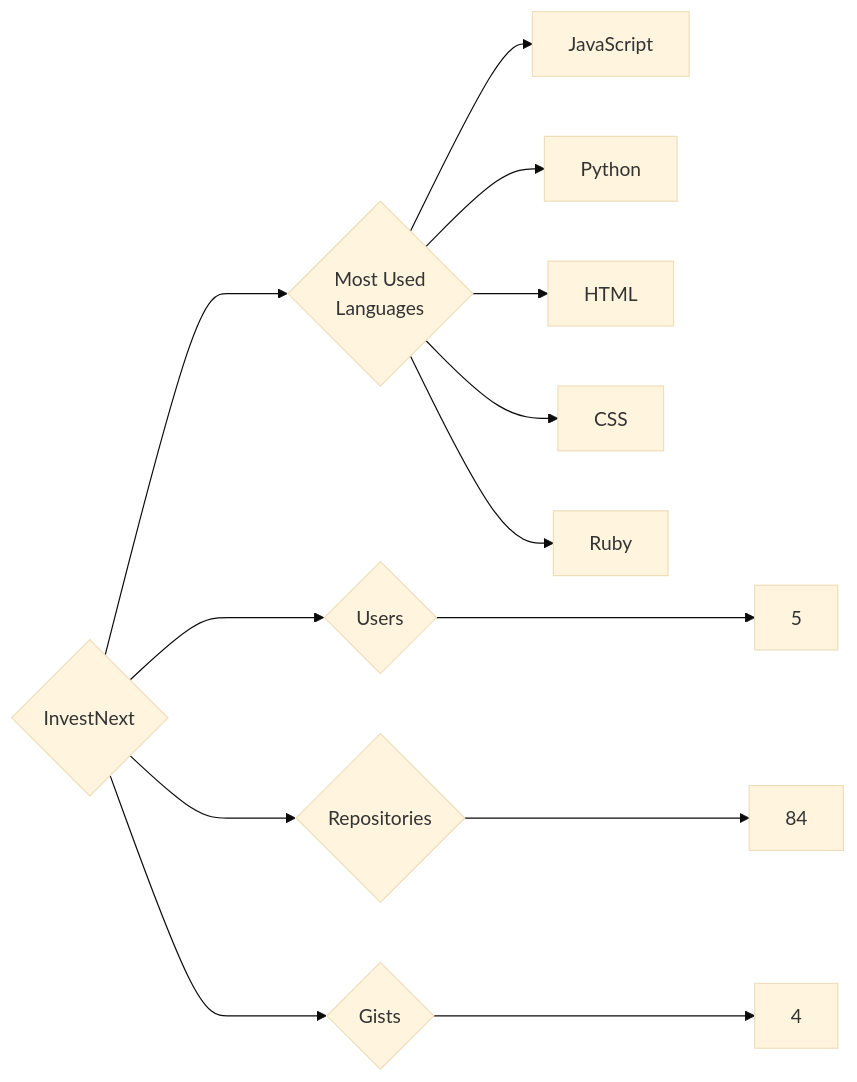
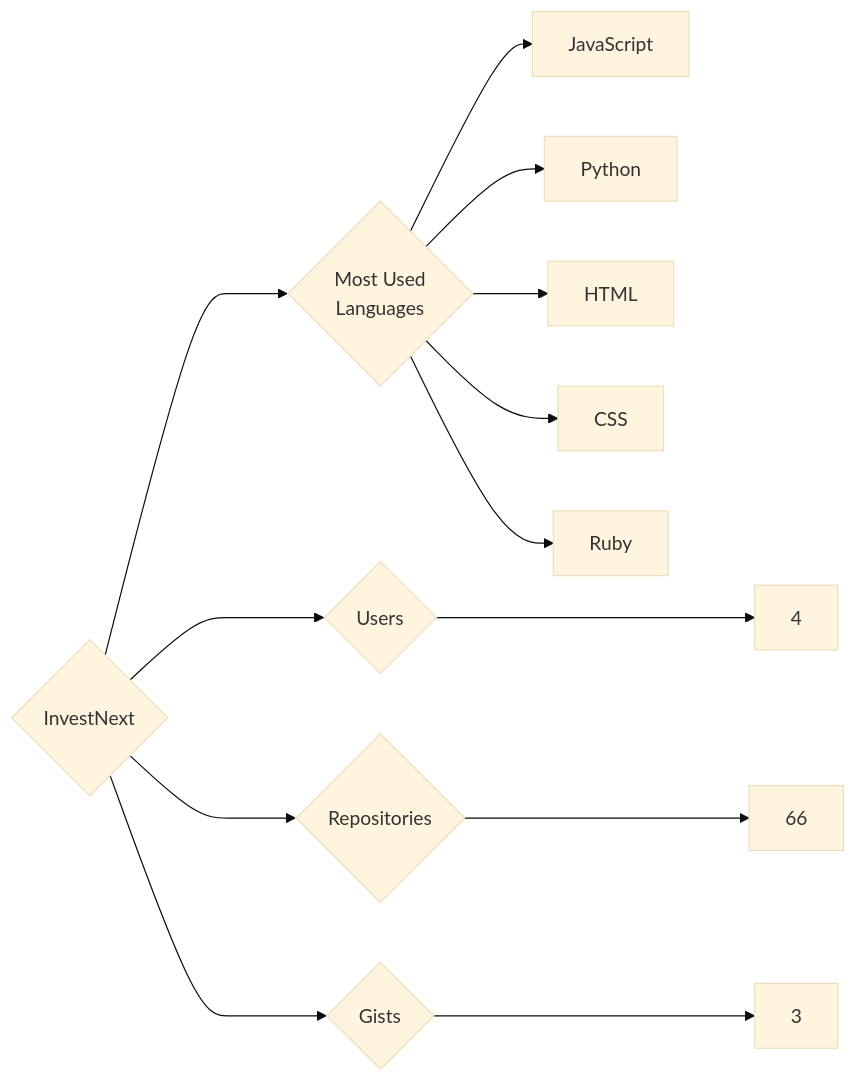
The diagram in targets/InvestNext/README.md (trickest/insiders), drawn with Mermaid (base theme) before and after one commit. The commit also changed 1007 other files, not shown here.

````diff
--- a/targets/InvestNext/README.md
+++ b/targets/InvestNext/README.md
@@ -3,13 +3,13 @@
 ```mermaid
 graph LR
 COMPANY_NAME{InvestNext}
-COMPANY_NAME ---> U{Users} ---> UN[5]
-COMPANY_NAME ---> R{Repositories} ---> RN[84]
-COMPANY_NAME ---> G{Gists} ---> GN[4]
+COMPANY_NAME ---> U{Users} ---> UN[4]
+COMPANY_NAME ---> R{Repositories} ---> RN[66]
+COMPANY_NAME ---> G{Gists} ---> GN[3]
 COMPANY_NAME ---> ML{Most Used<br>Languages}
 ML --> JavaScript[JavaScript]
 ML --> Python[Python]
 ML --> HTML[HTML]
 ML --> CSS[CSS]
 ML --> Ruby[Ruby]
 ```
````
